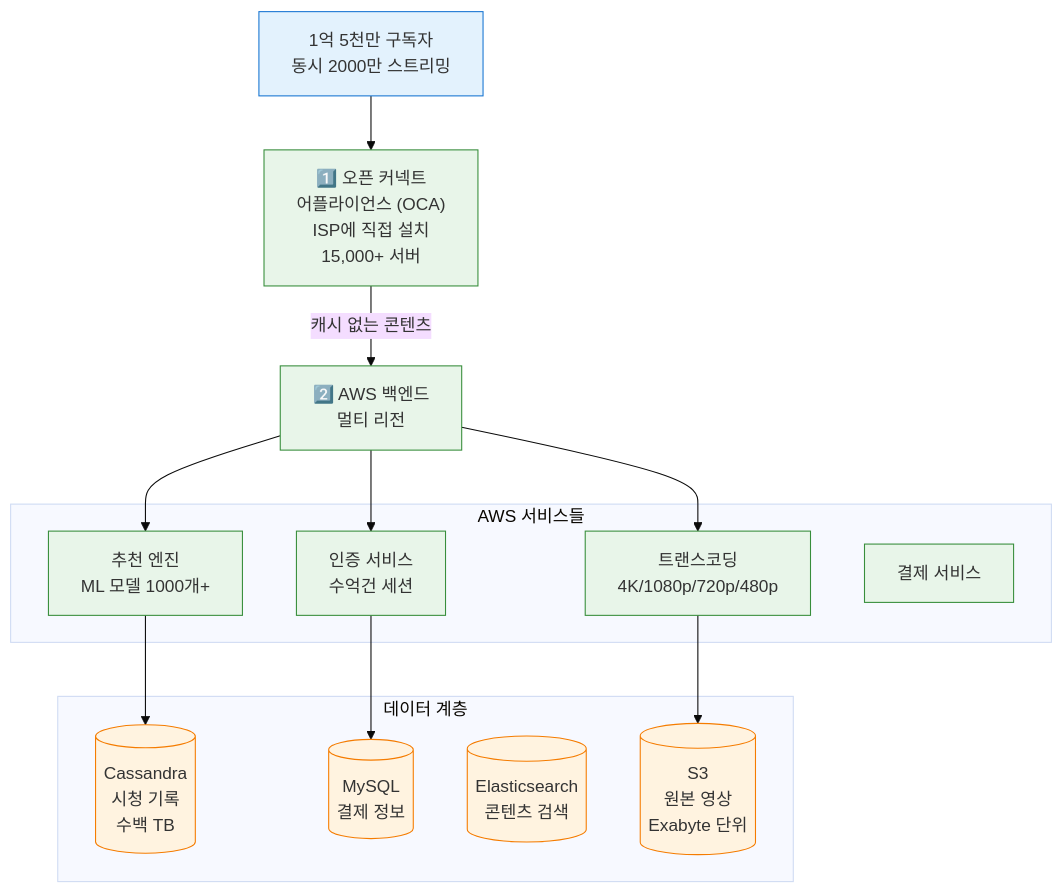
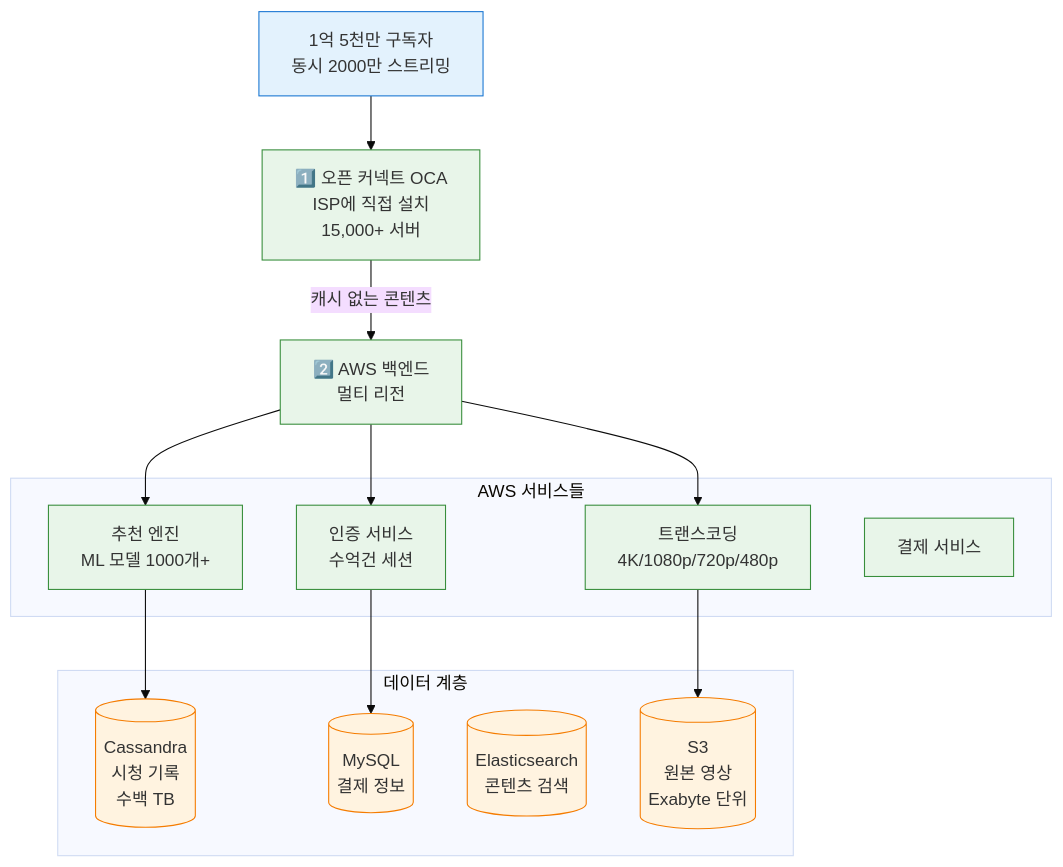
Before and after one commit to yjkim2015/yjkim2015.github.io: diagram 17 of 17 in _posts/systemdesign/2026-05-02-system-design-fundamentals.md, drawn with Mermaid (base theme). The commit also changed other lines of this file and 92 other files, not shown here.

First line of the commit message:
Major quality rewrite: 98 files, Mermaid fix, extreme-scenario component

```diff
--- a/_posts/systemdesign/2026-05-02-system-design-fundamentals.md
+++ b/_posts/systemdesign/2026-05-02-system-design-fundamentals.md
@@ -783,35 +782,35 @@
 <div class="mermaid">
 graph TD
-    User["1억 5천만 구독자\n동시 2000만 스트리밍"] --> OCA["1️⃣ 오픈 커넥트\n어플라이언스 (OCA)\nISP에 직접 설치\n15,000+ 서버"]
+    User["1억 5천만 구독자\n동시 2000만 스트리밍"] --> OCA["1️⃣ 오픈 커넥트 OCA\nISP에 직접 설치\n15,000+ 서버"]
 
     OCA -->|"캐시 없는 콘텐츠"| AWS["2️⃣ AWS 백엔드\n멀티 리전"]
 
     subgraph "AWS 서비스들"
         Auth["인증 서비스\n수억건 세션"]
         Recommend["추천 엔진\nML 모델 1000개+"]
         Transcode["트랜스코딩\n4K/1080p/720p/480p"]
         Billing["결제 서비스"]
     end
 
     AWS --> Auth
     AWS --> Recommend
     AWS --> Transcode
 
     subgraph "데이터 계층"
         Cassandra[("Cassandra\n시청 기록\n수백 TB")]
         MySQL[("MySQL\n결제 정보")]
         ES[("Elasticsearch\n콘텐츠 검색")]
         S3[("S3\n원본 영상\nExabyte 단위")]
     end
 
     Auth --> MySQL
     Recommend --> Cassandra
     Transcode --> S3
 
     classDef client fill:#e3f2fd,stroke:#1976d2
     classDef server fill:#e8f5e9,stroke:#388e3c
     classDef db fill:#fff3e0,stroke:#f57c00
     class User client
     class OCA,AWS,Auth,Recommend,Transcode,Billing server
     class Cassandra,MySQL,ES,S3 db
 </div>
```
